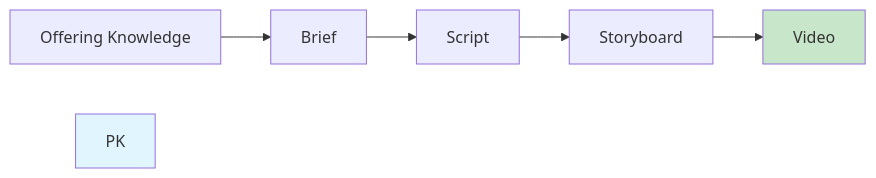
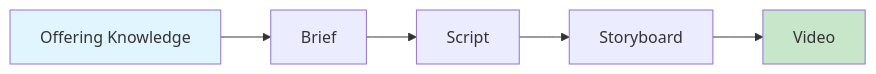
Before and after one commit to petkao/pinkcurve-blueprint: the first of 3 diagrams in docs/05-creative-studio.md, drawn with Mermaid. The commit also changed other lines of this file and 11 other files, not shown here.

Commit message:
Refine PinkCurve architecture around Offering-centric discovery model

````diff
--- a/docs/05-creative-studio.md
+++ b/docs/05-creative-studio.md
@@ -41,10 +58,10 @@
 ```mermaid
 flowchart LR
     OK[Offering Knowledge] --> Brief
     Brief --> Script
     Script --> Storyboard
     Storyboard --> Video
 
-    style PK fill:#e1f5fe
+    style OK fill:#e1f5fe
     style Video fill:#c8e6c9
 ```
````
